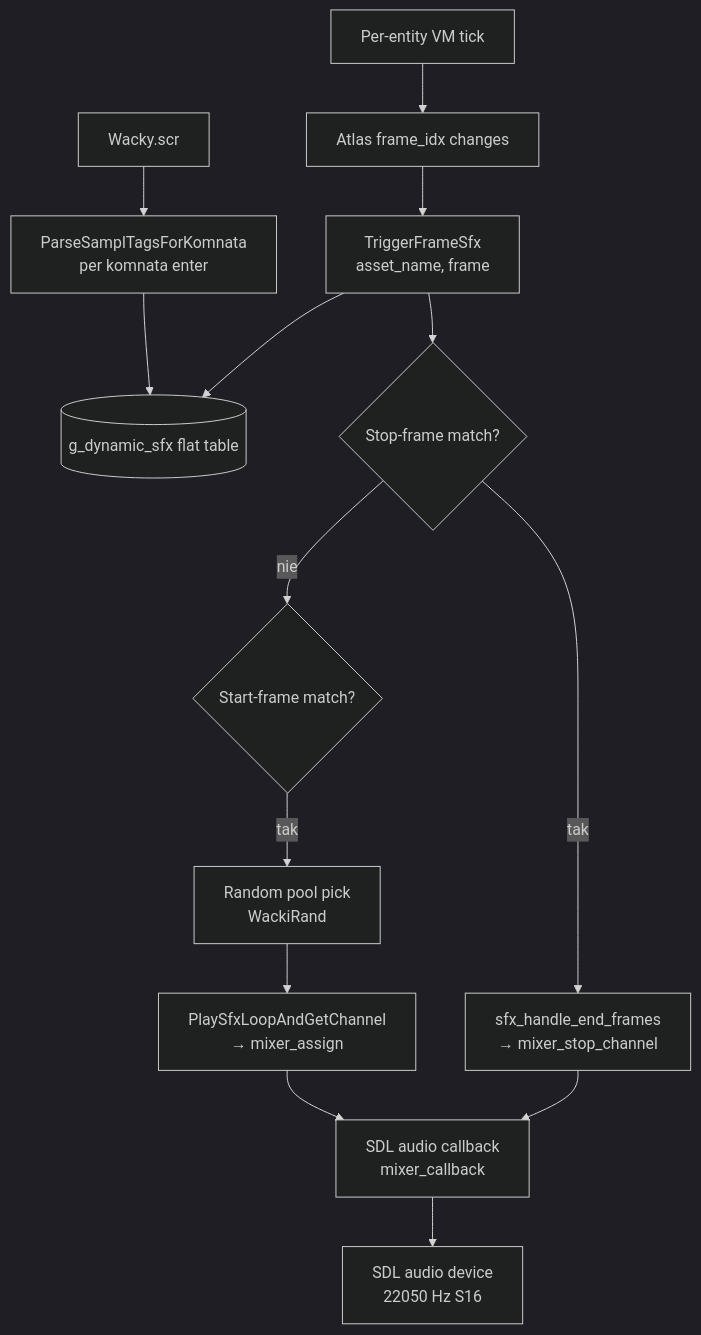
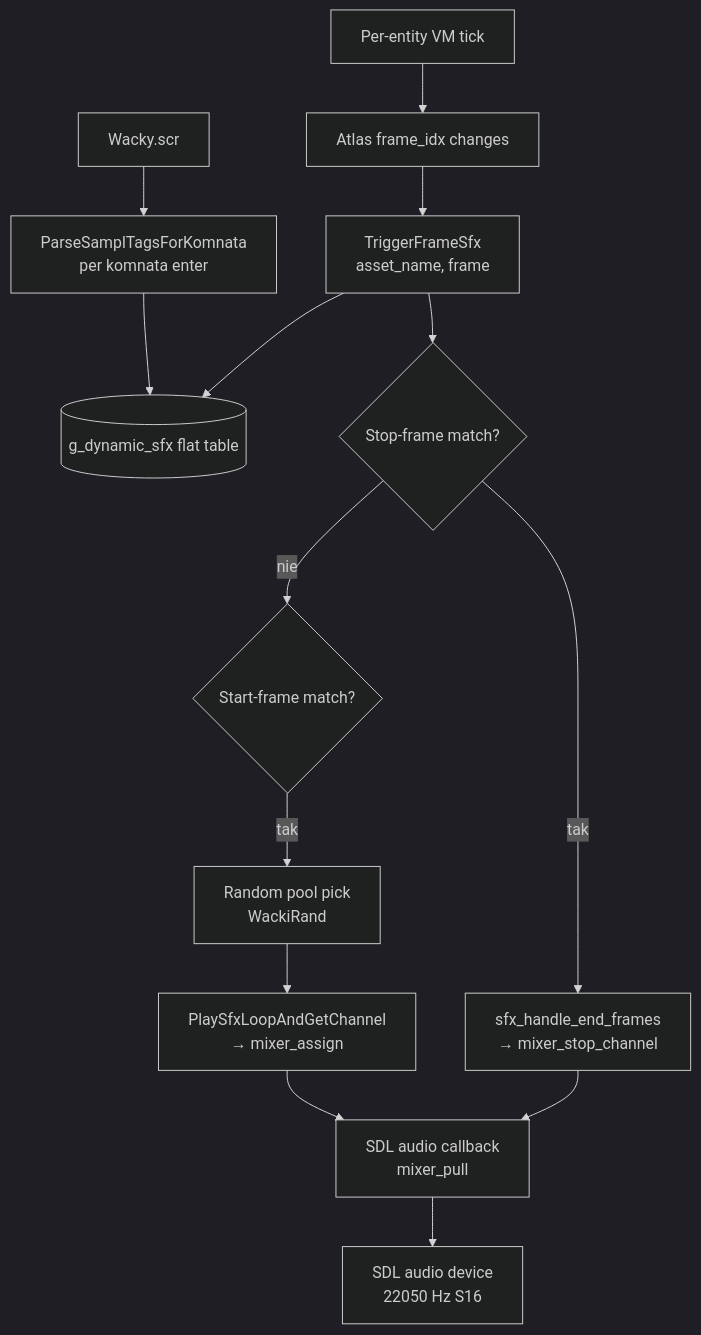
The first of 3 diagrams in docs/audio-pipeline.md (mszula/wacki), drawn with Mermaid (dark theme) before and after one commit. The commit also changed other lines of this file and 28 other files, not shown here.

````diff
--- a/docs/audio-pipeline.md
+++ b/docs/audio-pipeline.md
@@ -16,17 +16,17 @@
 ```mermaid
 flowchart TB
     A[Wacky.scr] --> B[ParseSamplTagsForKomnata<br/>per komnata enter]
     B --> C[("g_dynamic_sfx flat table")]
 
     D[Per-entity VM tick] --> E[Atlas frame_idx changes]
     E --> F[TriggerFrameSfx<br/>asset_name, frame]
     F --> C
     F --> G{Stop-frame match?}
     G -- tak --> H[sfx_handle_end_frames<br/>→ mixer_stop_channel]
     G -- nie --> I{Start-frame match?}
     I -- tak --> J[Random pool pick<br/>WackiRand]
     J --> K[PlaySfxLoopAndGetChannel<br/>→ mixer_assign]
-    K --> L[SDL audio callback<br/>mixer_callback]
+    K --> L[SDL audio callback<br/>mixer_pull]
     H --> L
     L --> M[SDL audio device<br/>22050 Hz S16]
 ```
````
